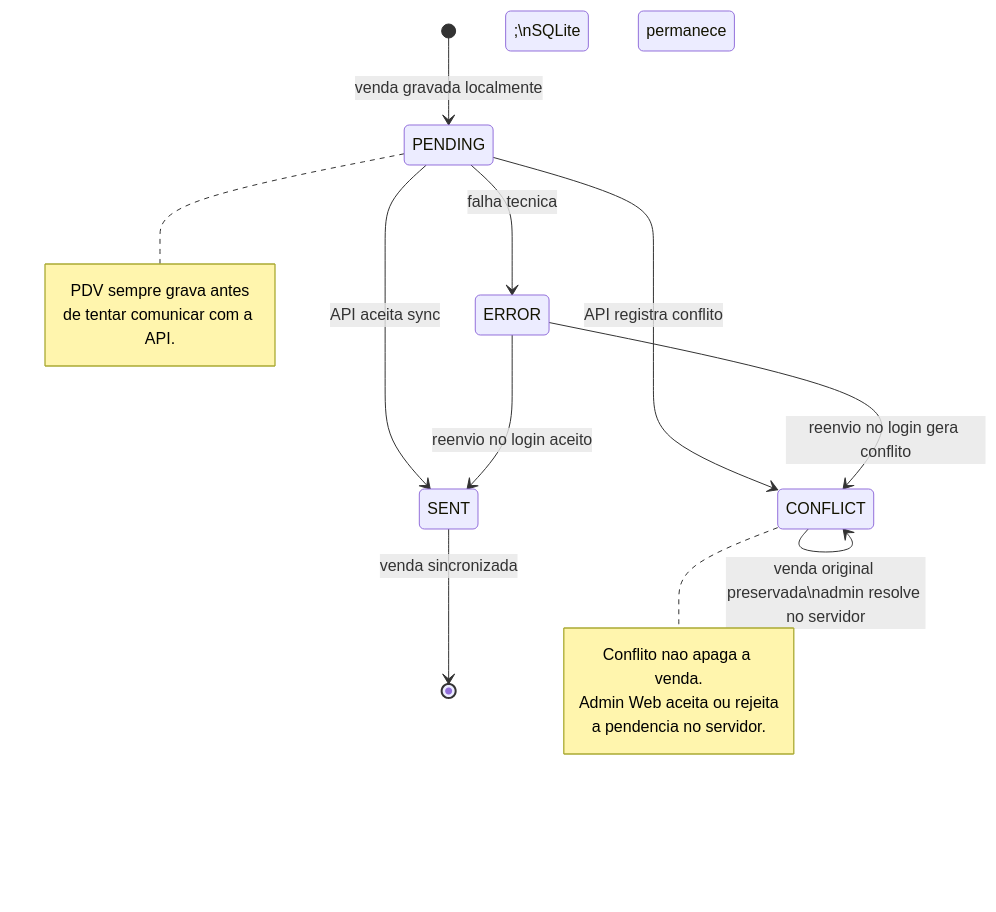
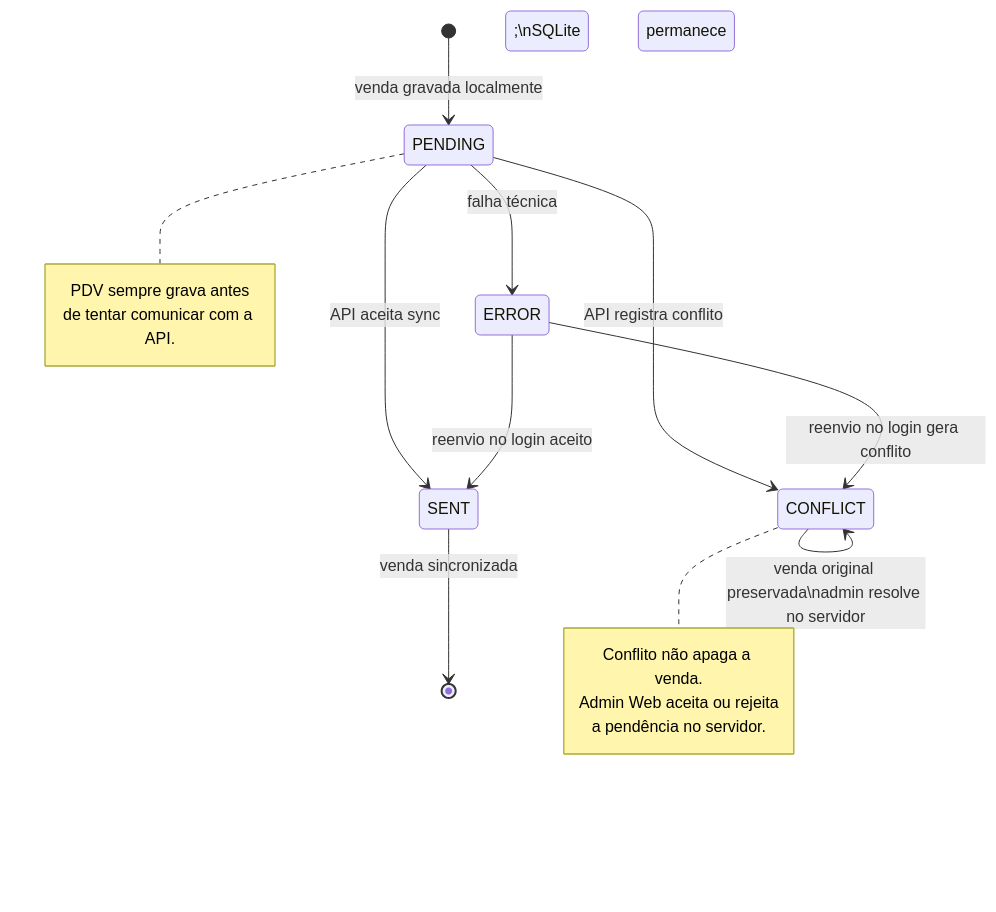
The eighth of 9 diagrams in docs/diagramas.md (Fatech-Ypiranga/Mercado-One-Java), drawn with Mermaid before and after one commit. The commit also changed other lines of this file and 27 other files, not shown here.

````diff
--- a/docs/diagramas.md
+++ b/docs/diagramas.md
@@ -517,25 +517,25 @@
 ```mermaid
 stateDiagram-v2
     [*] --> PENDING: venda gravada localmente
 
     PENDING --> SENT: API aceita sync
     PENDING --> CONFLICT: API registra conflito
-    PENDING --> ERROR: falha tecnica
+    PENDING --> ERROR: falha técnica
 
     ERROR --> SENT: reenvio no login aceito
     ERROR --> CONFLICT: reenvio no login gera conflito
 
     CONFLICT --> CONFLICT: venda original preservada\nadmin resolve no servidor;\nSQLite permanece CONFLICT
     SENT --> [*]: venda sincronizada
 
     note right of PENDING
         PDV sempre grava antes
         de tentar comunicar com a API.
     end note
 
     note right of CONFLICT
-        Conflito nao apaga a venda.
+        Conflito não apaga a venda.
         Admin Web aceita ou rejeita
-        a pendencia no servidor.
+        a pendência no servidor.
     end note
 ```
````
